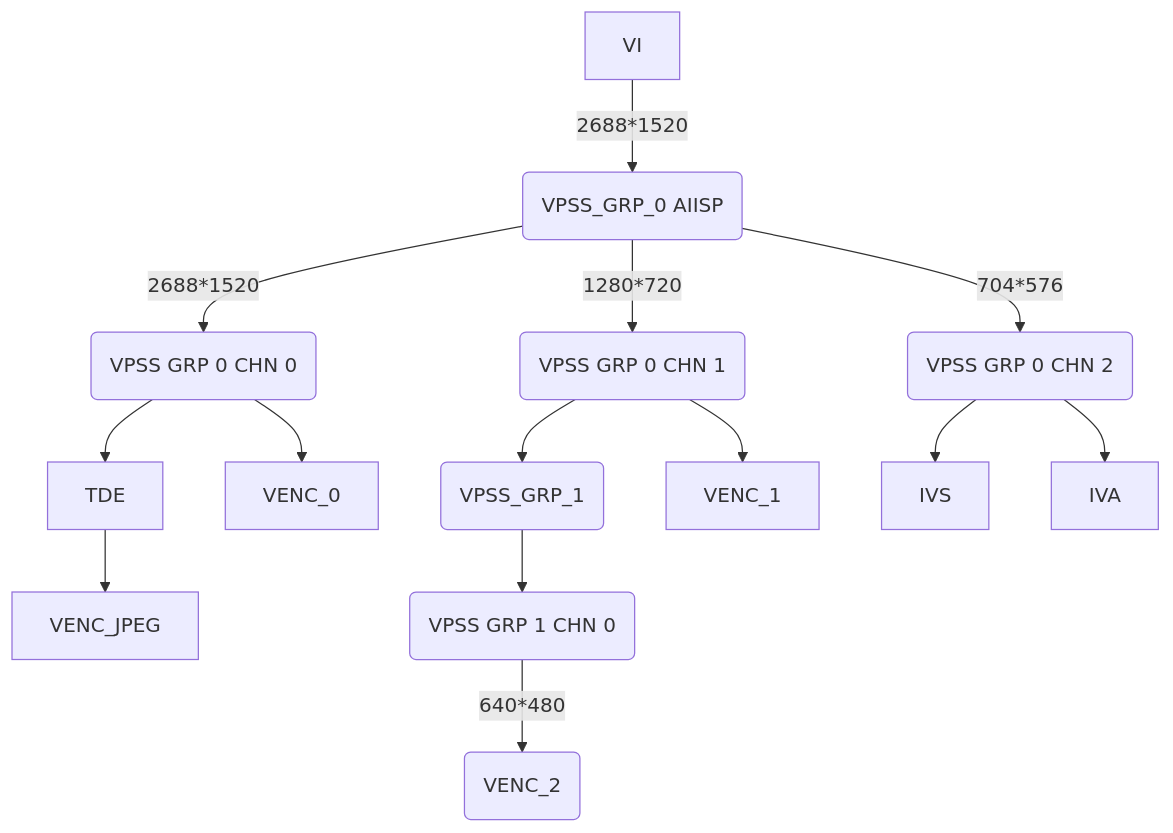
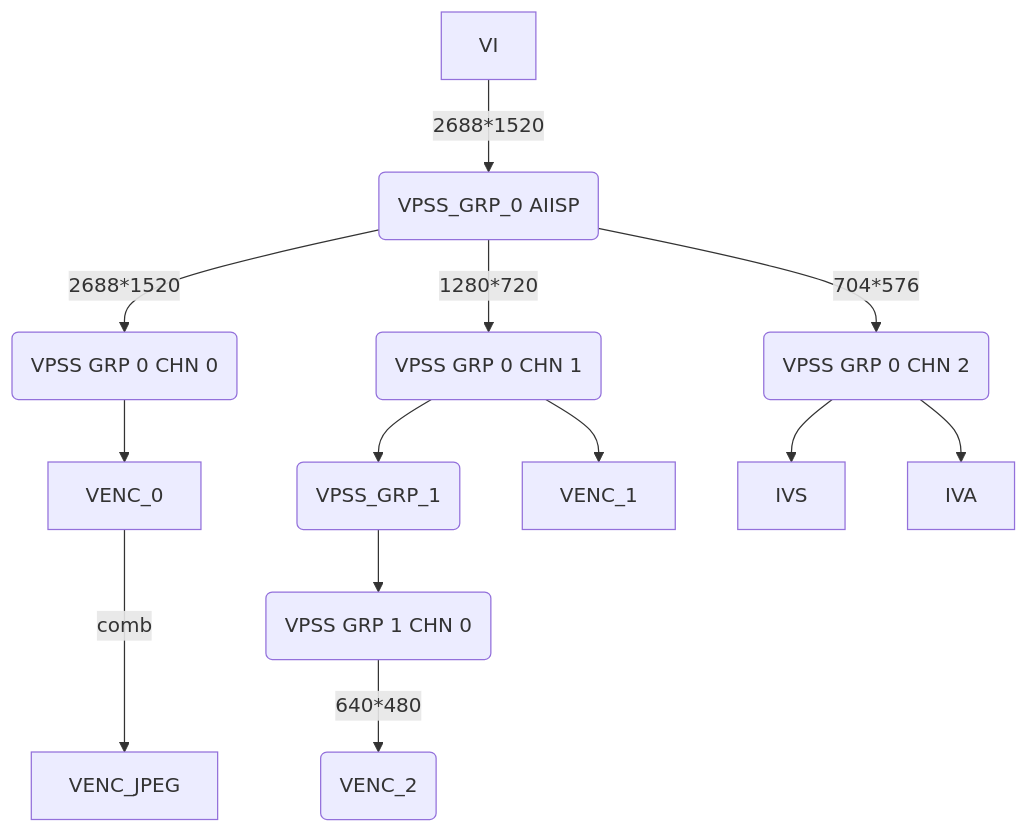
The sixth of 14 diagrams in docs/Rockchip_Developer_Guide_Linux_RKIPC_CN.md (khadas/app_rkipc), drawn with Mermaid before and after one commit. The commit also changed 2 other files, not shown here.

Commit message:
rv1106_aiisp_ipc: fix jpeg error when set resolution

````diff
--- a/docs/Rockchip_Developer_Guide_Linux_RKIPC_CN.md
+++ b/docs/Rockchip_Developer_Guide_Linux_RKIPC_CN.md
@@ -189,17 +189,17 @@
 ```mermaid
 graph TB
 	VI--2688*1520-->VPSS_0(VPSS_GRP_0 AIISP)
 	VPSS_0--2688*1520-->VPSS_0_0(VPSS GRP 0 CHN 0)
 	VPSS_0--1280*720-->VPSS_0_1(VPSS GRP 0 CHN 1)
 	VPSS_0--704*576-->VPSS_0_2(VPSS GRP 0 CHN 2)
 
 	VPSS_0_1-->VPSS_1(VPSS_GRP_1)
 	VPSS_0_0-->VENC_0
-	VPSS_0_0-->TDE-->VENC_JPEG
+	VENC_0--combo-->VENC_JPEG
 	VPSS_0_1-->VENC_1
 	VPSS_0_2-->IVS
 	VPSS_0_2-->IVA
 
 	VPSS_1-->VPSS_1_0(VPSS GRP 1 CHN 0)
 	VPSS_1_0--640*480-->VENC_2(VENC_2)
 ```
````
